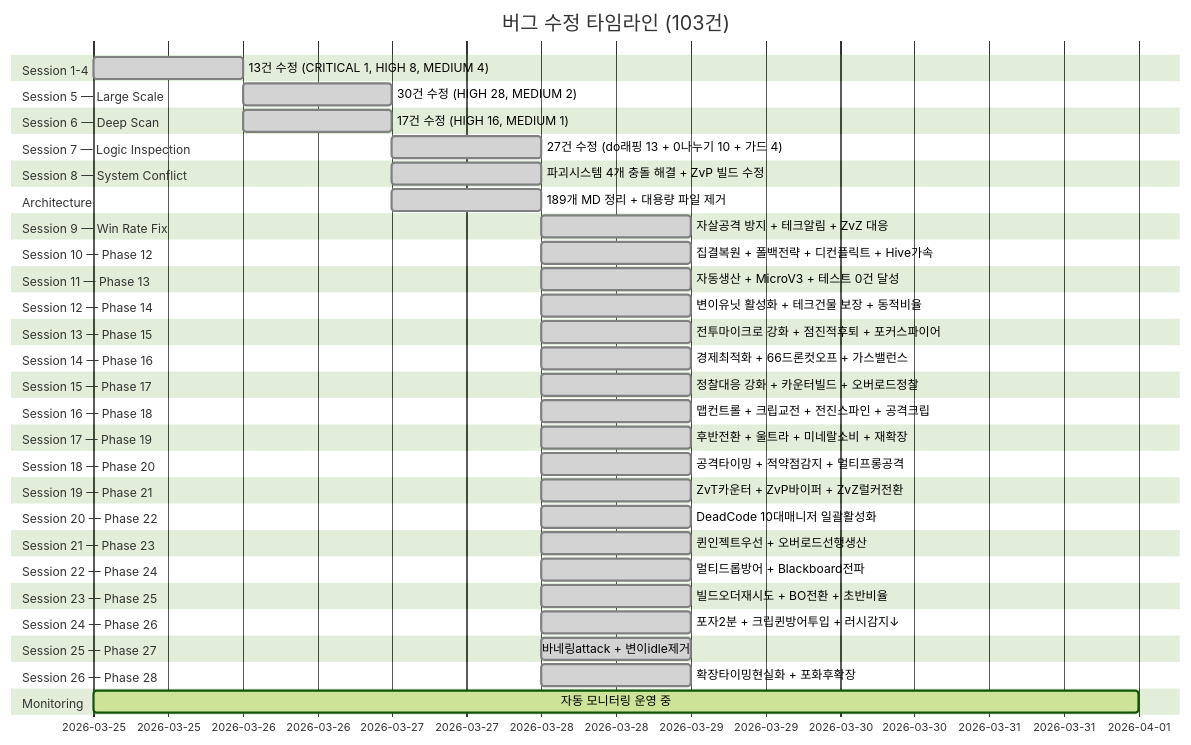
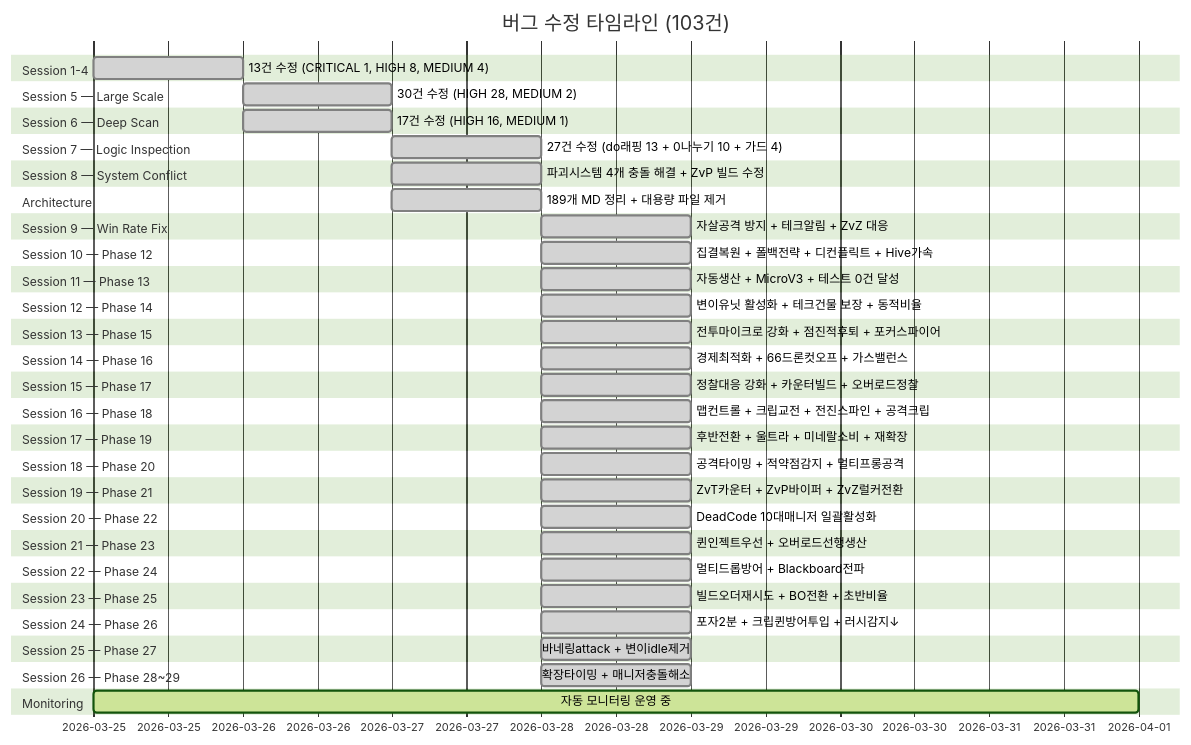
One commit to sun475300-sudo/Swarm-control-in-sc2bot changed diagram 23 of 31 in README.md. Above: the diagram before and after it, drawn with Mermaid (forest theme). The commit also changed other lines of this file and 2 other files, not shown here.

Commit message:
feat: Phase 29 매니저충돌해소 — 방어태그Blackboard전파 + 위협해제시클리어

````diff
--- a/README.md
+++ b/README.md
@@ -633,55 +633,55 @@
 ```mermaid
 gantt
     title 버그 수정 타임라인 (103건)
     dateFormat YYYY-MM-DD
     section Session 1-4
         13건 수정 (CRITICAL 1, HIGH 8, MEDIUM 4)   :done, s1, 2026-03-25, 1d
     section Session 5 — Large Scale
         30건 수정 (HIGH 28, MEDIUM 2)              :done, s5, 2026-03-26, 1d
     section Session 6 — Deep Scan
         17건 수정 (HIGH 16, MEDIUM 1)              :done, s6, 2026-03-26, 1d
     section Session 7 — Logic Inspection
         27건 수정 (do래핑 13 + 0나누기 10 + 가드 4) :done, s7, 2026-03-27, 1d
     section Session 8 — System Conflict
         파괴시스템 4개 충돌 해결 + ZvP 빌드 수정    :done, s8, 2026-03-27, 1d
     section Architecture
         189개 MD 정리 + 대용량 파일 제거            :done, s9, 2026-03-27, 1d
     section Session 9 — Win Rate Fix
         자살공격 방지 + 테크알림 + ZvZ 대응         :done, s10, 2026-03-28, 1d
     section Session 10 — Phase 12
         집결복원 + 폴백전략 + 디컨플릭트 + Hive가속 :done, s11, 2026-03-28, 1d
     section Session 11 — Phase 13
         자동생산 + MicroV3 + 테스트 0건 달성       :done, s12, 2026-03-28, 1d
     section Session 12 — Phase 14
         변이유닛 활성화 + 테크건물 보장 + 동적비율  :done, s13, 2026-03-28, 1d
     section Session 13 — Phase 15
         전투마이크로 강화 + 점진적후퇴 + 포커스파이어 :done, s14, 2026-03-28, 1d
     section Session 14 — Phase 16
         경제최적화 + 66드론컷오프 + 가스밸런스     :done, s15, 2026-03-28, 1d
     section Session 15 — Phase 17
         정찰대응 강화 + 카운터빌드 + 오버로드정찰   :done, s16, 2026-03-28, 1d
     section Session 16 — Phase 18
         맵컨트롤 + 크립교전 + 전진스파인 + 공격크립 :done, s17, 2026-03-28, 1d
     section Session 17 — Phase 19
         후반전환 + 울트라 + 미네랄소비 + 재확장    :done, s18, 2026-03-28, 1d
     section Session 18 — Phase 20
         공격타이밍 + 적약점감지 + 멀티프롱공격     :done, s19, 2026-03-28, 1d
     section Session 19 — Phase 21
         ZvT카운터 + ZvP바이퍼 + ZvZ럴커전환      :done, s20, 2026-03-28, 1d
     section Session 20 — Phase 22
         DeadCode 10대매니저 일괄활성화            :done, s21, 2026-03-28, 1d
     section Session 21 — Phase 23
         퀸인젝트우선 + 오버로드선행생산          :done, s22, 2026-03-28, 1d
     section Session 22 — Phase 24
         멀티드롭방어 + Blackboard전파           :done, s23, 2026-03-28, 1d
     section Session 23 — Phase 25
         빌드오더재시도 + BO전환 + 초반비율     :done, s24, 2026-03-28, 1d
     section Session 24 — Phase 26
         포자2분 + 크립퀸방어투입 + 러시감지↓  :done, s25, 2026-03-28, 1d
     section Session 25 — Phase 27
         바네링attack + 변이idle제거         :done, s26, 2026-03-28, 1d
-    section Session 26 — Phase 28
-        확장타이밍현실화 + 포화후확장       :done, s27, 2026-03-28, 1d
+    section Session 26 — Phase 28~29
+        확장타이밍 + 매니저충돌해소        :done, s27, 2026-03-28, 1d
     section Monitoring
         자동 모니터링 운영 중                        :active, mon, 2026-03-25, 7d
 ```
````
